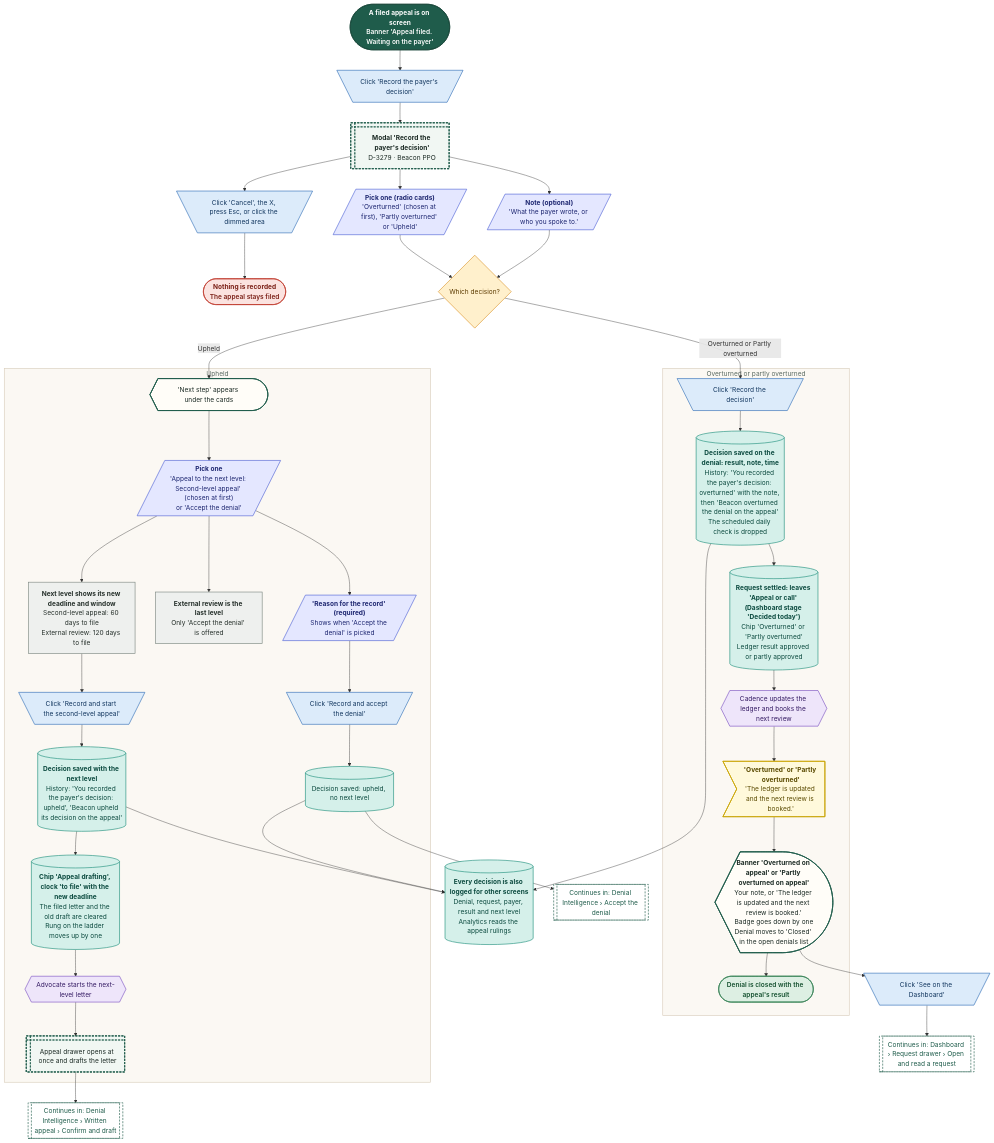
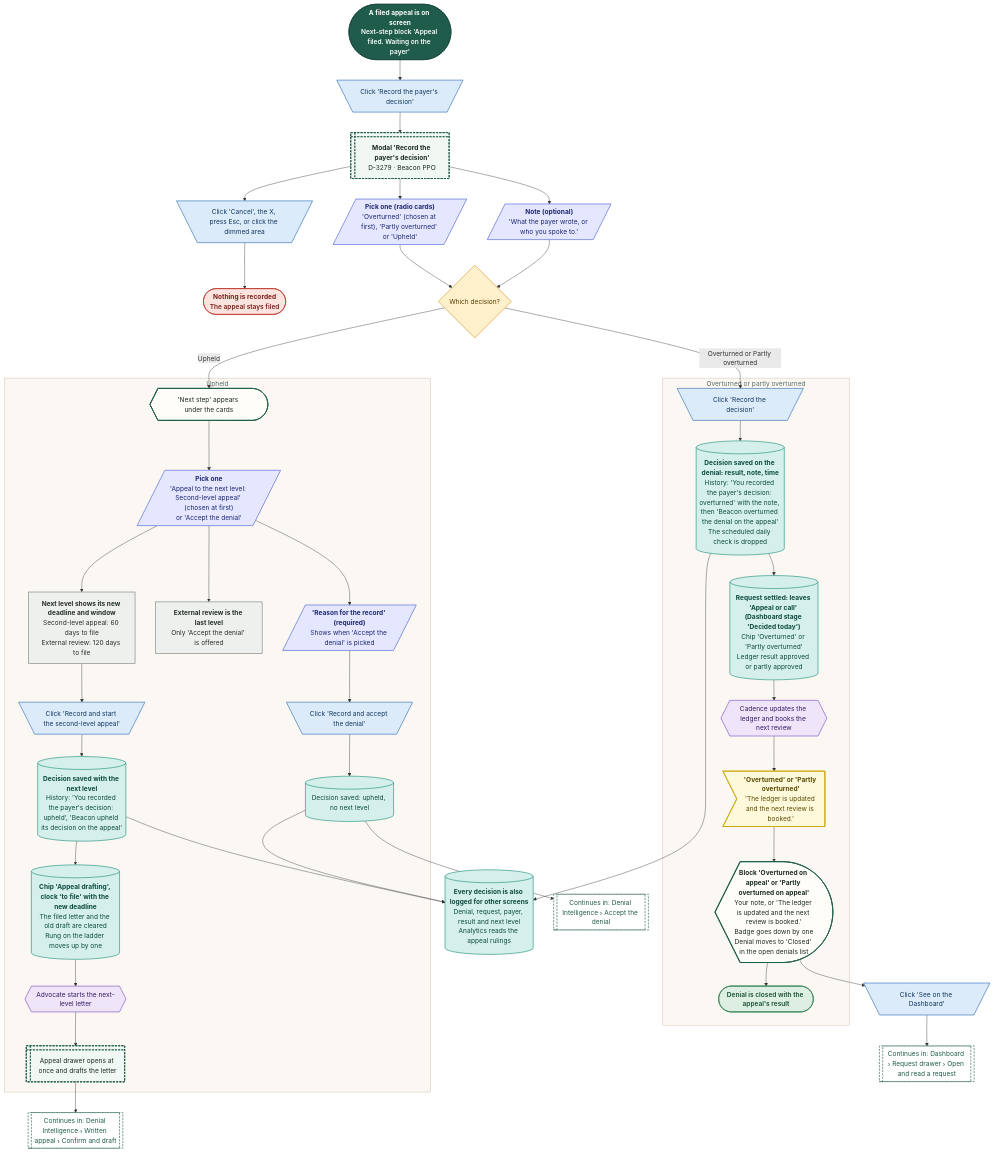
One commit to Shrav143/psyfloapp changed diagram 20 of 27 in demos/prior-auth-demo/workflows/out/md/06-denials.md. Above: the diagram before and after it, drawn with Mermaid. The commit also changed other lines of this file and 192 other files, not shown here.

First line of the commit message:
docs: changelog by sidebar tab; README, diagrams and Settings layout aligned with the refinement; shared InfoTip; referral cost-share line

```diff
--- a/demos/prior-auth-demo/workflows/out/md/06-denials.md
+++ b/demos/prior-auth-demo/workflows/out/md/06-denials.md
@@ -1389,7 +1576,7 @@
   classDef k_wait fill:#E4E8EE,stroke:#6B7C93,color:#26303D,stroke-width:1.5px
   classDef k_toast fill:#FFF9DB,stroke:#C9A400,color:#5A4A00,stroke-width:1.5px
   classDef k_goto fill:#FFFFFF,stroke:#1F5C4B,color:#1F5C4B,stroke-width:1.5px,stroke-dasharray:5 3
-  s1@{ shape: stadium, label: "<b>A filed appeal is on screen</b><br/>Banner 'Appeal filed. Waiting on the payer'" }
+  s1@{ shape: stadium, label: "<b>A filed appeal is on screen</b><br/>Next-step block 'Appeal filed. Waiting on the payer'" }
   c1@{ shape: trap-t, label: "Click 'Record the payer's decision'" }
   o1@{ shape: win-pane, label: "<b>Modal 'Record the payer's decision'</b><br/>D-3279 · Beacon PPO" }
   i1@{ shape: lean-r, label: "<b>Pick one (radio cards)</b><br/>'Overturned' (chosen at first), 'Partly overturned' or 'Upheld'" }
@@ -1403,7 +1590,7 @@
   st2@{ shape: cyl, label: "<b>Request settled: leaves 'Appeal or call' (Dashboard stage 'Decided today')</b><br/>Chip 'Overturned' or 'Partly overturned'<br/>Ledger result approved or partly approved" }
   a1@{ shape: hex, label: "Cadence updates the ledger and books the next review" }
   t1@{ shape: odd, label: "<b>'Overturned' or 'Partly overturned'</b><br/>'The ledger is updated and the next review is booked.'" }
-  sc1@{ shape: curv-trap, label: "<b>Banner 'Overturned on appeal' or 'Partly overturned on appeal'</b><br/>Your note, or 'The ledger is updated and the next review is booked.'<br/>Badge goes down by one<br/>Denial moves to 'Closed' in the open denials list" }
+  sc1@{ shape: curv-trap, label: "<b>Block 'Overturned on appeal' or 'Partly overturned on appeal'</b><br/>Your note, or 'The ledger is updated and the next review is booked.'<br/>Badge goes down by one<br/>Denial moves to 'Closed' in the open denials list" }
   e2@{ shape: stadium, label: "Denial is closed with the appeal's result" }
   end
   subgraph gUp ["Upheld"]
```
